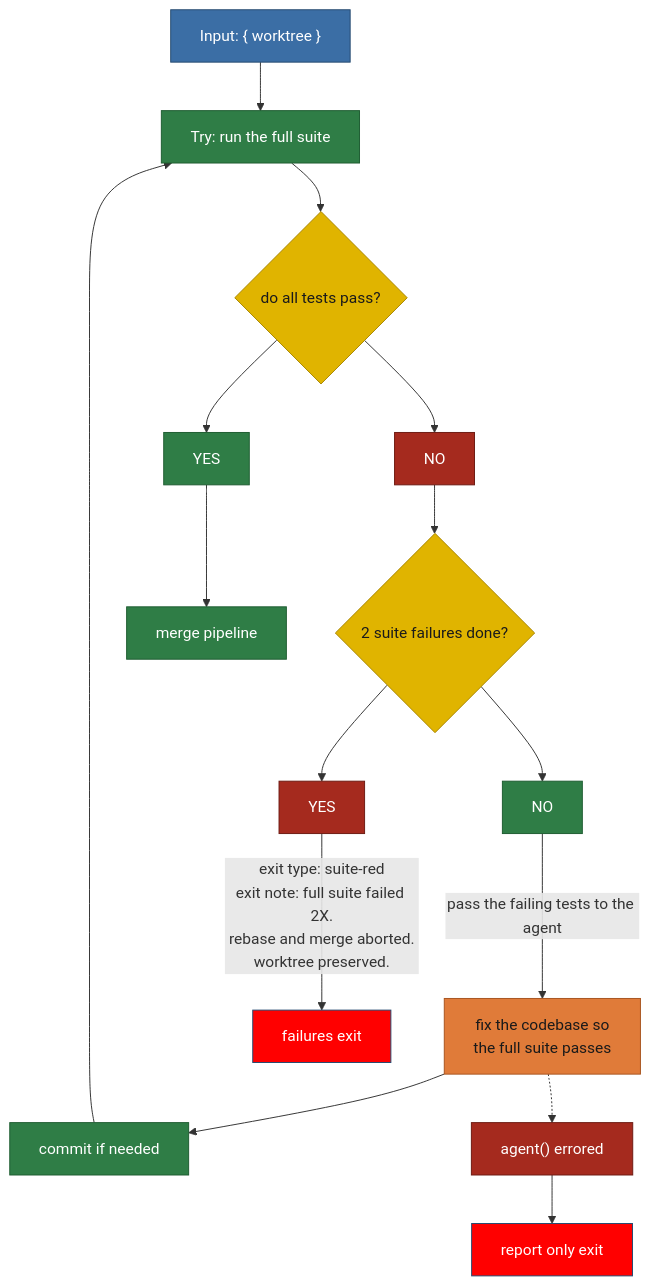
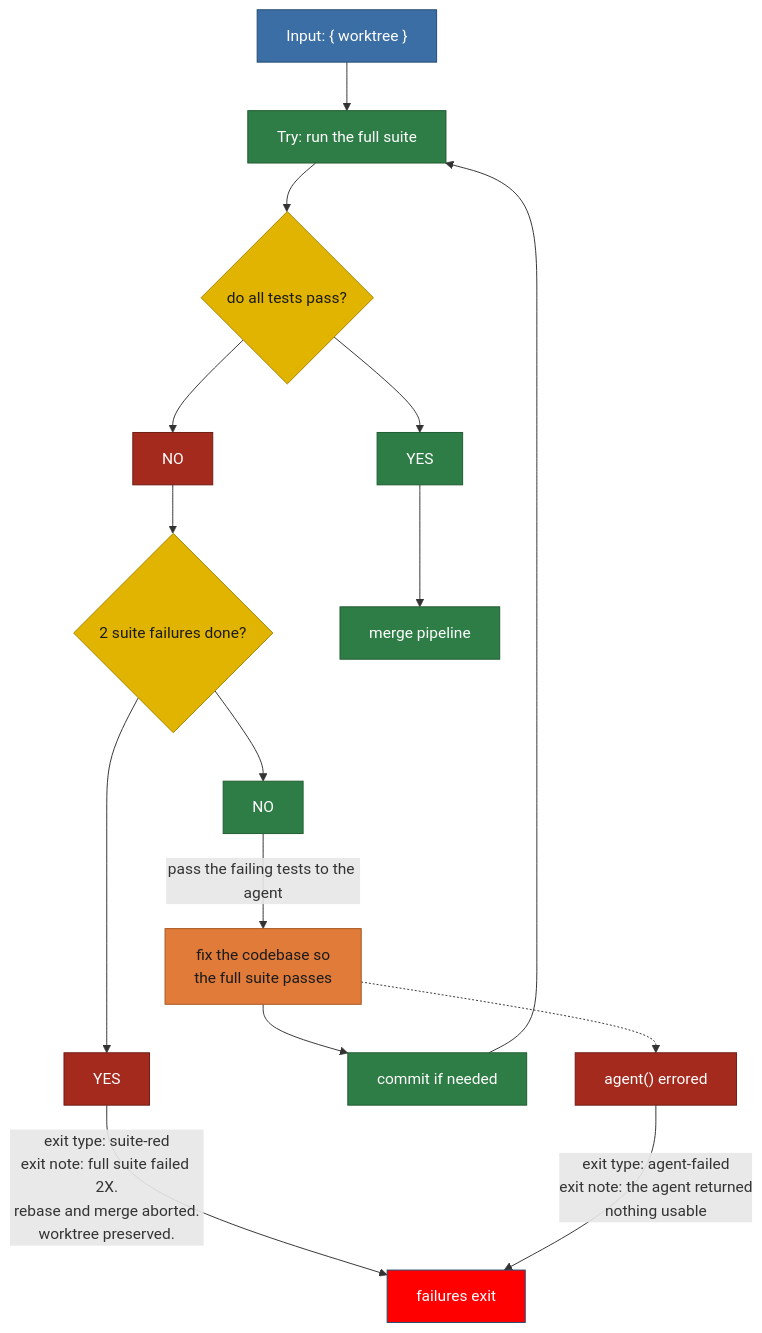
Before and after one commit to matkatmusic/taskTools: the diagram in plans/diagram/pipeline-suite.mmd, drawn with Mermaid. The commit also changed 6 other files, not shown here.

```diff
--- a/plans/diagram/pipeline-suite.mmd
+++ b/plans/diagram/pipeline-suite.mmd
@@ -1,67 +1,68 @@
 flowchart TB
 %% FULL SUITE PIPELINE. Split from pipeline-rebaseMerge.mmd.
 %% Input: a rebased worktree from the rebase pipeline, with the source repo lock
 %% already held by the rebase preamble pipeline.
 %% One job: get the whole test suite green on top of the target branch.
 %% Starts at "run the full suite". Ends green, or with an exit.
 %% Rules that apply everywhere, not steps:
 %%   1. Every git interaction goes through a script. Never prose.
 %%   2. "fix the codebase so the full suite passes" edits source, not tests.
 %%   3. Never progress past a suite run until every test passes.
 %%   4. A repair is never tested until it is committed, so the cycle always runs
 %%      fix -> commit -> run, never fix -> run.
 %%   5. "commit if needed" commits nothing when the worktree is clean.
 %%   6. Every box that touches the working tree operates on every repository
 %%      layer, deepest submodule first, root last.
 %%   7. The source repo lock is already held and stays held until the exit
 %%      workflow releases it. Every box here refreshes its heartbeat.
 %%   8. A script that fails operationally, as opposed to returning a verdict,
 %%      exits the run as run-failed. The task is already active and a worktree
 %%      already exists here, so the exit workflow always runs in full.
 %% Exit types this pipeline can produce:
+%%   agent-failed       - an agent returned nothing usable
 %%   suite-red          - full suite still failing after 2 fix attempts
 %%   run-failed         - a script failed operationally
 %% run-failed is deliberately not drawn as an edge out of every box. It can leave
 %% ANY green box, so drawing it would add one edge per box and hide the flow.
 %% The suite-red exit leaves the worktree in place. The work is committed, so the
 %% next invocation of this task picks it up.
 %% The green worktree this pipeline emits is the input to the merge pipeline.
 
   REBASED_WORKTREE_INPUT["Input: { worktree }"] --> RUN_FULL_SUITE
   RUN_FULL_SUITE["Try: run the full suite"] --> DO_ALL_TESTS_PASS{"do all tests pass?"}
   DO_ALL_TESTS_PASS --> DO_ALL_TESTS_PASS_YES["YES"]
   DO_ALL_TESTS_PASS --> DO_ALL_TESTS_PASS_NO["NO"]
 
   DO_ALL_TESTS_PASS_NO --> ARE_2_SUITE_FAILURES_DONE{"2 suite failures done?"}
   ARE_2_SUITE_FAILURES_DONE --> ARE_2_SUITE_FAILURES_DONE_NO["NO"]
   ARE_2_SUITE_FAILURES_DONE --> ARE_2_SUITE_FAILURES_DONE_YES["YES"]
   ARE_2_SUITE_FAILURES_DONE_NO -- "pass the failing tests to the agent" --> FIX_THE_CODEBASE_FOR_SUITE["fix the codebase so<br/>the full suite passes"]
   FIX_THE_CODEBASE_FOR_SUITE --> COMMIT_IF_NEEDED["commit if needed"]
   COMMIT_IF_NEEDED --> RUN_FULL_SUITE
   ARE_2_SUITE_FAILURES_DONE_YES -- "exit type: suite-red<br/>exit note: full suite failed 2X.<br/>rebase and merge aborted.<br/>worktree preserved." --> EXIT_WORKFLOW
 
   DO_ALL_TESTS_PASS_YES --> MERGE_PIPELINE["merge pipeline"]
 
-  FIX_THE_CODEBASE_FOR_SUITE -.-> AGENT_ERRORED["agent() errored"] --> REPORT_ONLY_EXIT["report only exit"]
+  FIX_THE_CODEBASE_FOR_SUITE -.-> AGENT_ERRORED["agent() errored"] -- "exit type: agent-failed<br/>exit note: the agent returned<br/>nothing usable" --> EXIT_WORKFLOW
 
   EXIT_WORKFLOW["failures exit"]
 
   %% pass/nopass: green is the branch that keeps heading for the next pipeline,
   %% red is the branch that goes back round the cycle or ends in the exit workflow.
   classDef pipeline fill:#2f7d46,stroke:#1e5c31,color:#ffffff
   classDef script fill:#2f7d46,stroke:#1e5c31,color:#ffffff
   classDef agent fill:#e07b39,stroke:#a8541f,color:#1a1a1a
   classDef decision fill:#e0b400,stroke:#a88600,color:#1a1a1a
   classDef output fill:#3b6ea5,stroke:#254a70,color:#ffffff
   classDef fail fill:red,stroke:#254a70,color:#ffffff
   classDef pass fill:#2f7d46,stroke:#1e5c31,color:#ffffff
   classDef nopass fill:#a52a1e,stroke:#6d1a12,color:#ffffff
   class DO_ALL_TESTS_PASS,ARE_2_SUITE_FAILURES_DONE decision
   class RUN_FULL_SUITE,COMMIT_IF_NEEDED script
   class FIX_THE_CODEBASE_FOR_SUITE agent
   class MERGE_PIPELINE pipeline
   class DO_ALL_TESTS_PASS_YES,ARE_2_SUITE_FAILURES_DONE_NO pass
   class DO_ALL_TESTS_PASS_NO,ARE_2_SUITE_FAILURES_DONE_YES nopass
   class AGENT_ERRORED nopass
-  class EXIT_WORKFLOW,REPORT_ONLY_EXIT fail
+  class EXIT_WORKFLOW fail
   class REBASED_WORKTREE_INPUT output
```
